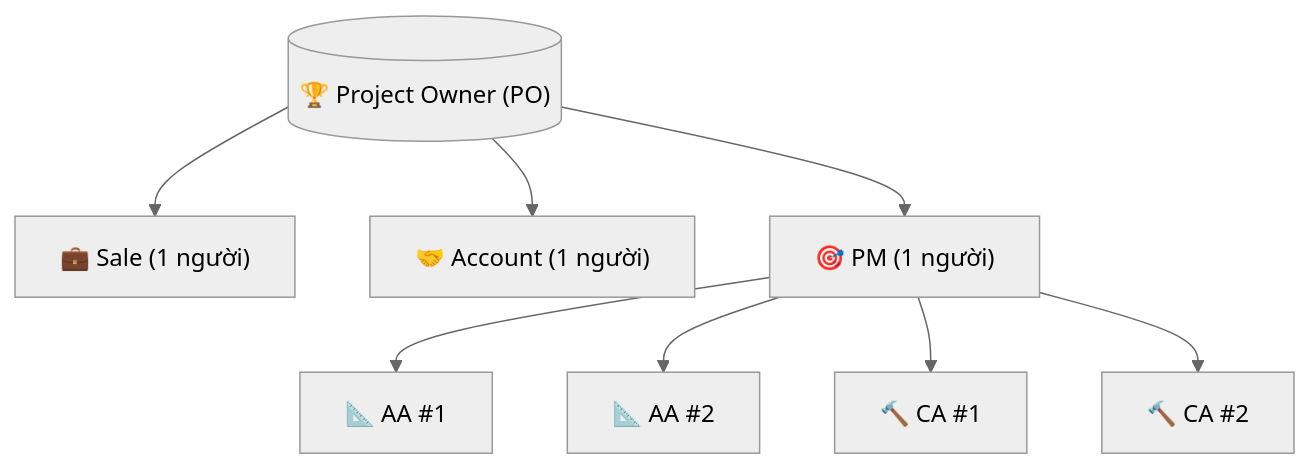
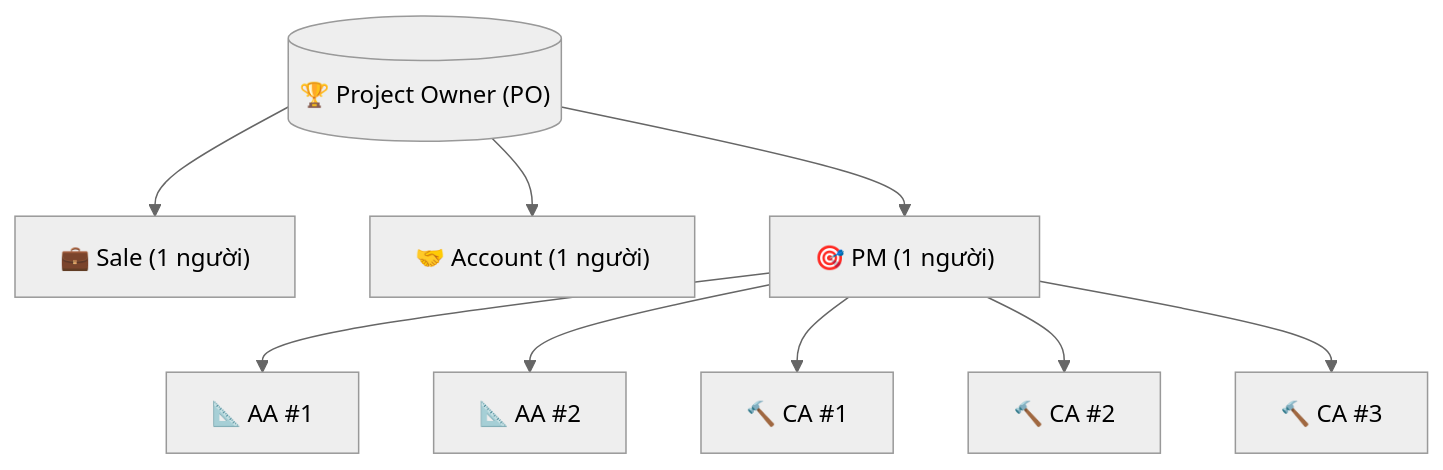
Before and after one commit to namdh9939/SOP-QLDA-TLXN: the first of 5 diagrams in 00-TONG-QUAN/to-chuc-squad-po-pd.md, drawn with Mermaid (neutral theme). The commit also changed other lines of this file and 58 other files, not shown here.

````diff
--- a/00-TONG-QUAN/to-chuc-squad-po-pd.md
+++ b/00-TONG-QUAN/to-chuc-squad-po-pd.md
@@ -19,11 +19,12 @@
 ```mermaid
 graph TD
     PO[("🏆 Project Owner (PO)")]
     PO --> Sale["💼 Sale (1 người)"]
     PO --> Account["🤝 Account (1 người)"]
     PO --> PM["🎯 PM (1 người)"]
     PM --> AA1["📐 AA #1"]
     PM --> AA2["📐 AA #2"]
     PM --> CA1["🔨 CA #1"]
     PM --> CA2["🔨 CA #2"]
+    PM --> CA3["🔨 CA #3"]
 ```
````
